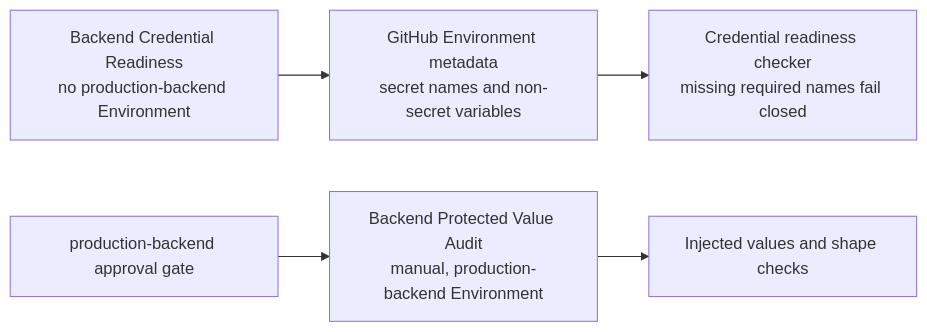
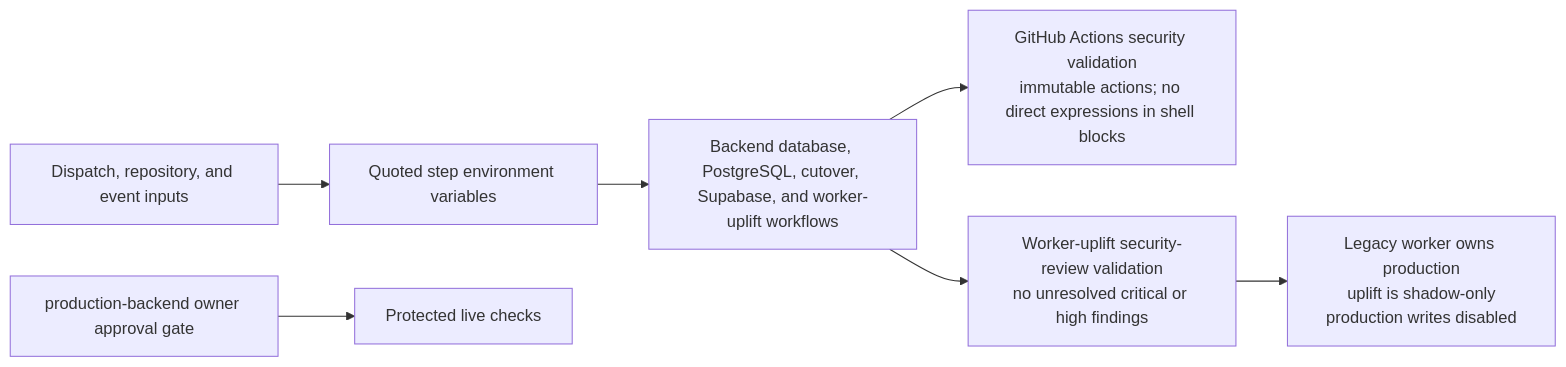
One commit to ramideltoro/nutsnews-docs changed the diagram in diagrams/updates/AUTOMATED_NUTSNEWS_BACKEND_MERGE_LOG.mmd. Above: the diagram before and after it, drawn with Mermaid. The commit also changed 5 other files, not shown here.

```diff
--- a/diagrams/updates/AUTOMATED_NUTSNEWS_BACKEND_MERGE_LOG.mmd
+++ b/diagrams/updates/AUTOMATED_NUTSNEWS_BACKEND_MERGE_LOG.mmd
@@ -1,8 +1,10 @@
 flowchart LR
-  accTitle: Backend credential readiness paths after pull request 443
-  accDescr: Routine readiness reads production-backend secret-name and variable metadata without an Environment gate, while a separate manual audit remains behind the production-backend approval gate for injected-value and shape checks.
+  accTitle: Worker-uplift security controls after pull request 444
+  accDescr: Pull request 444 moves workflow inputs through step environment variables before shell use, adds automated security-review checks, and retains shadow-only worker-uplift operation with production writes disabled.
 
-  routine["Backend Credential Readiness\nno production-backend Environment"] --> metadata["GitHub Environment metadata\nsecret names and non-secret variables"]
-  metadata --> checker["Credential readiness checker\nmissing required names fail closed"]
-  audit["Backend Protected Value Audit\nmanual, production-backend Environment"] --> values["Injected values and shape checks"]
-  protected["production-backend approval gate"] --> audit
+  inputs["Dispatch, repository, and event inputs"] --> env["Quoted step environment variables"]
+  env --> workflows["Backend database, PostgreSQL, cutover, Supabase, and worker-uplift workflows"]
+  workflows --> security["GitHub Actions security validation\nimmutable actions; no direct expressions in shell blocks"]
+  workflows --> review["Worker-uplift security-review validation\nno unresolved critical or high findings"]
+  review --> boundary["Legacy worker owns production\nuplift is shadow-only\nproduction writes disabled"]
+  gate["production-backend owner approval gate"] --> live["Protected live checks"]
```
